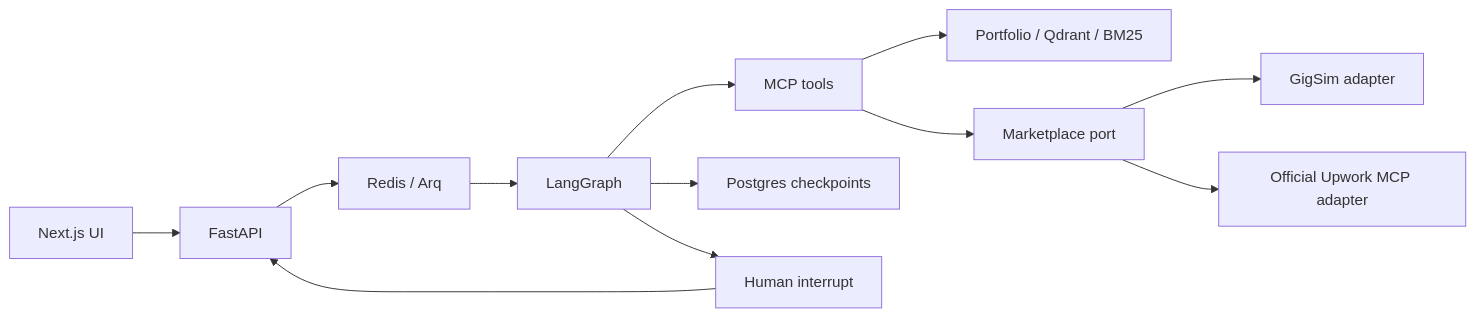
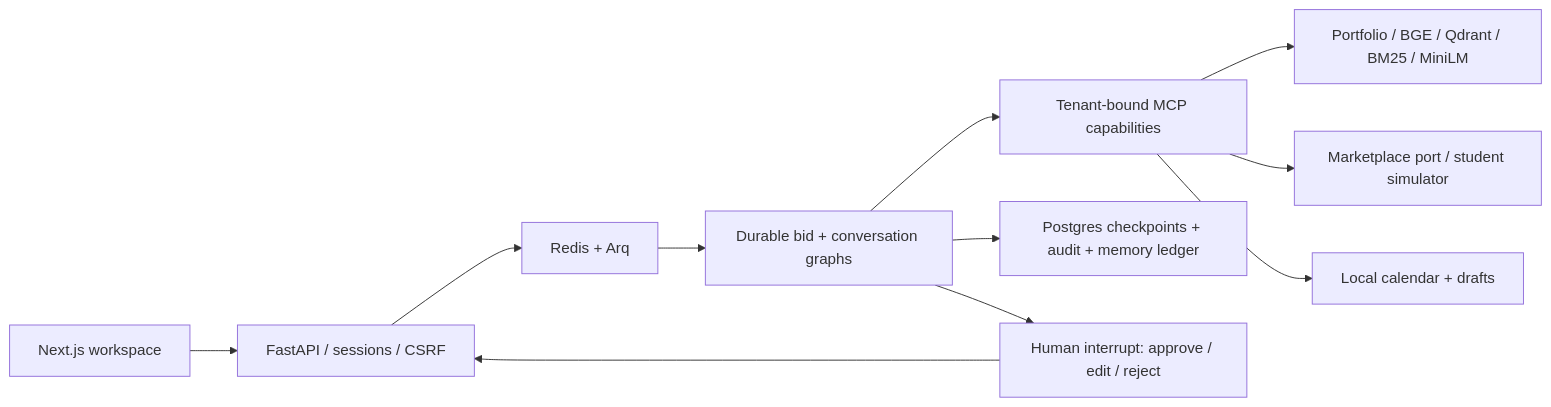
Before and after one commit to raahim-ibrar/GigBidA2: the diagram in README.md, drawn with Mermaid. The commit also changed other lines of this file and 118 other files, not shown here.

Commit message:
feat: add student marketplace, dark workspace and measured retrieval baselines

````diff
--- a/README.md
+++ b/README.md
@@ -88,14 +42,13 @@
 ```mermaid
 flowchart LR
-    Web[Next.js UI] --> API[FastAPI]
-    API --> Queue[Redis / Arq]
-    Queue --> Graph[LangGraph]
-    Graph --> MCP[MCP tools]
-    MCP --> Portfolio[Portfolio / Qdrant / BM25]
-    MCP --> Port[Marketplace port]
-    Port --> GigSim[GigSim adapter]
-    Port --> Upwork[Official Upwork MCP adapter]
-    Graph --> PG[Postgres checkpoints]
-    Graph --> Approval[Human interrupt]
-    Approval --> API
+  UI[Next.js workspace] --> API[FastAPI / sessions / CSRF]
+  API --> Redis[Redis + Arq]
+  Redis --> Graph[Durable bid + conversation graphs]
+  Graph --> MCP[Tenant-bound MCP capabilities]
+  MCP --> RAG[Portfolio / BGE / Qdrant / BM25 / MiniLM]
+  MCP --> Market[Marketplace port / student simulator]
+  MCP --> Workspace[Local calendar + drafts]
+  Graph --> PG[Postgres checkpoints + audit + memory ledger]
+  Graph --> Review[Human interrupt: approve / edit / reject]
+  Review --> API
 ```
````
